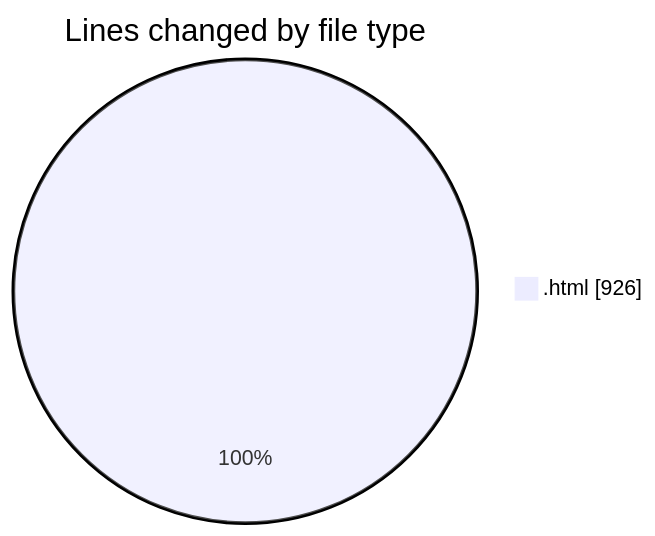
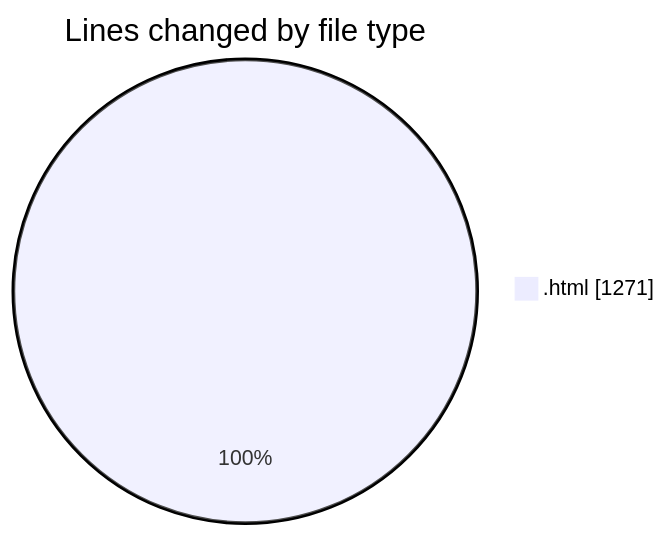
Before and after one commit to shibass792/code-tracking: the first of 2 diagrams in 2026-07-11/untitled__workspace_/README.md, drawn with Mermaid. The commit also changed other lines of this file and 1 other file, not shown here.

````diff
--- a/2026-07-11/untitled__workspace_/README.md
+++ b/2026-07-11/untitled__workspace_/README.md
@@ -20,5 +20,5 @@
 ```mermaid
 pie showData
 title Lines changed by file type
-".html" : 926
+".html" : 1271
 ```
````
